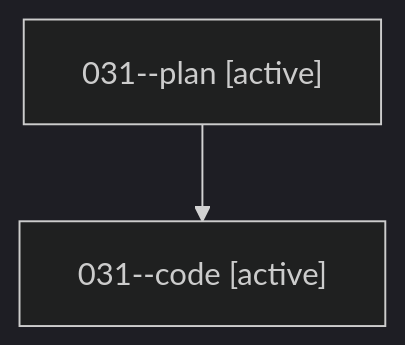
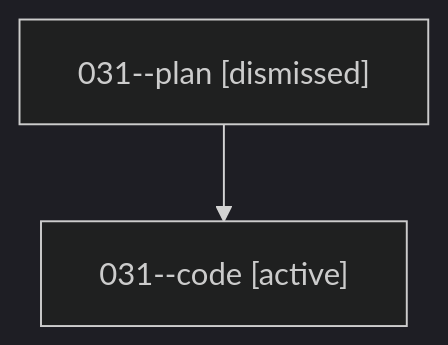
Before and after one commit to sase-org/sase--agents: the diagram in families/bbugyi200.athena.031.md, drawn with Mermaid (dark theme). The commit also changed other lines of this file and 107 other files, not shown here.

````diff
--- a/families/bbugyi200.athena.031.md
+++ b/families/bbugyi200.athena.031.md
@@ -9,6 +9,6 @@
 ```mermaid
 flowchart TD
-  n0["031--plan [active]"]
+  n0["031--plan [dismissed]"]
   n1["031--code [active]"]
   n0 --> n1
 ```
````
